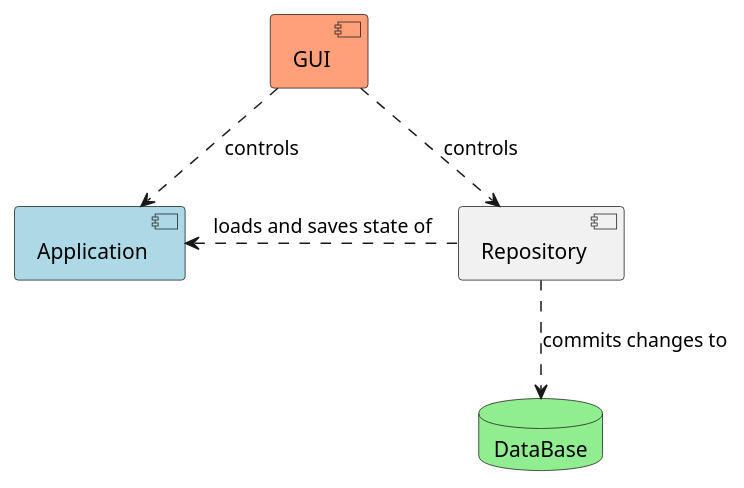
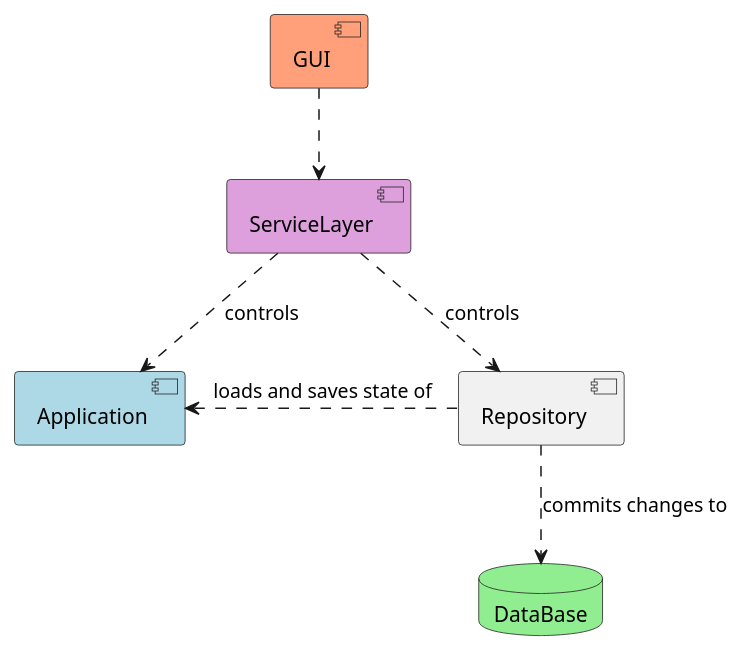
Before and after one commit to Uhgtred/Recipe_Shopping_List: the diagram in Architecture/ComponentView.puml, drawn with PlantUML. The commit also changed 2 other files, not shown here.

Commit message:
Slight refactoring of the architecture, adding a service layer instead of an api

```diff
--- a/Architecture/ComponentView.puml
+++ b/Architecture/ComponentView.puml
@@ -1,15 +1,19 @@
 @startuml
 
 component Application #lightblue
 
 database DataBase #lightgreen
 
 component Repository
 Repository .l.> Application: loads and saves state of
 Repository ..> DataBase: commits changes to
 
+
+component ServiceLayer #plum
+ServiceLayer ..> Application: controls
+ServiceLayer ..> Repository: controls
+
+
 component GUI #lightsalmon
-GUI ..> Application: controls
-GUI ..> Repository: controls
-
+GUI ..> ServiceLayer
 @enduml
```
